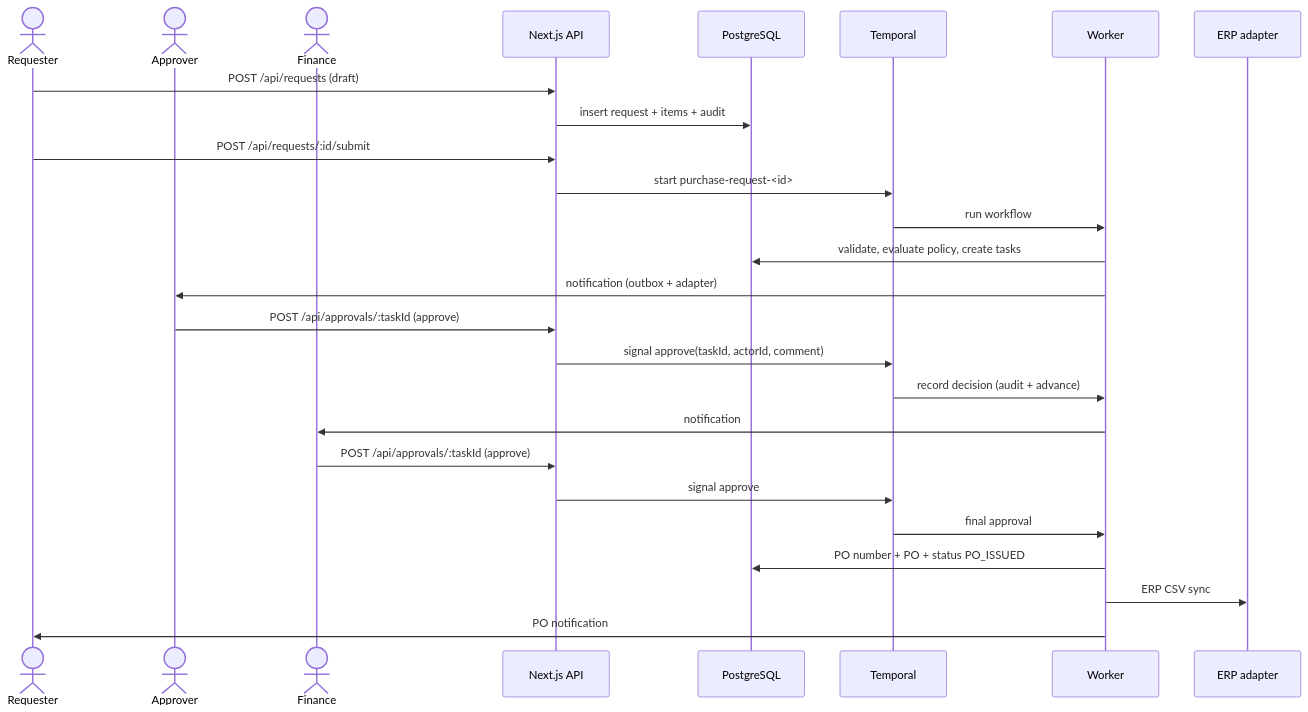
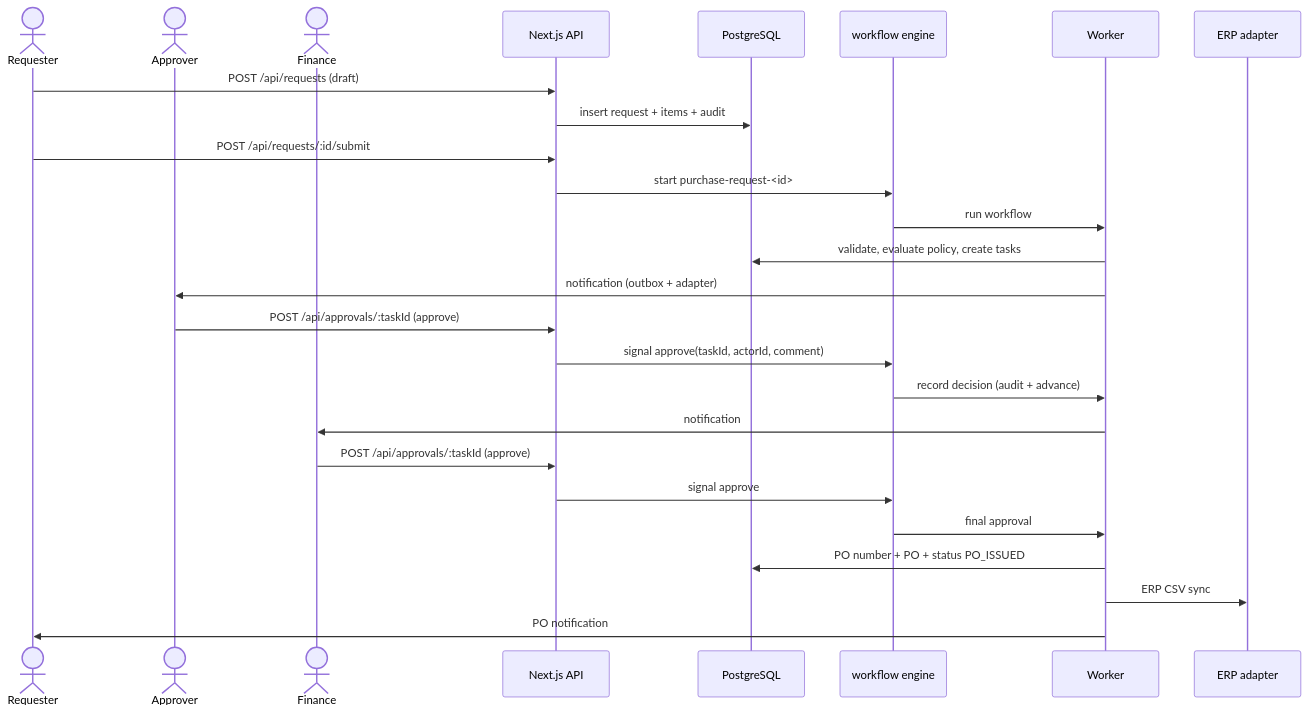
The second of 2 diagrams in README.md (olenny-coder/procureflow), drawn with Mermaid before and after one commit. The commit also changed other lines of this file and 52 other files, not shown here.

````diff
--- a/README.md
+++ b/README.md
@@ -82,29 +84,29 @@
 ```mermaid
 sequenceDiagram
   actor Requester
   actor Approver
   actor Finance
   participant Web as Next.js API
   participant DB as PostgreSQL
-  participant T as Temporal
+  participant T as workflow engine
   participant W as Worker
   participant PO as ERP adapter
 
   Requester->>Web: POST /api/requests (draft)
   Web->>DB: insert request + items + audit
   Requester->>Web: POST /api/requests/:id/submit
   Web->>T: start purchase-request-<id>
   T->>W: run workflow
   W->>DB: validate, evaluate policy, create tasks
   W->>Approver: notification (outbox + adapter)
   Approver->>Web: POST /api/approvals/:taskId (approve)
   Web->>T: signal approve(taskId, actorId, comment)
   T->>W: record decision (audit + advance)
   W->>Finance: notification
   Finance->>Web: POST /api/approvals/:taskId (approve)
   Web->>T: signal approve
   T->>W: final approval
   W->>DB: PO number + PO + status PO_ISSUED
   W->>PO: ERP CSV sync
   W->>Requester: PO notification
 ```
````
